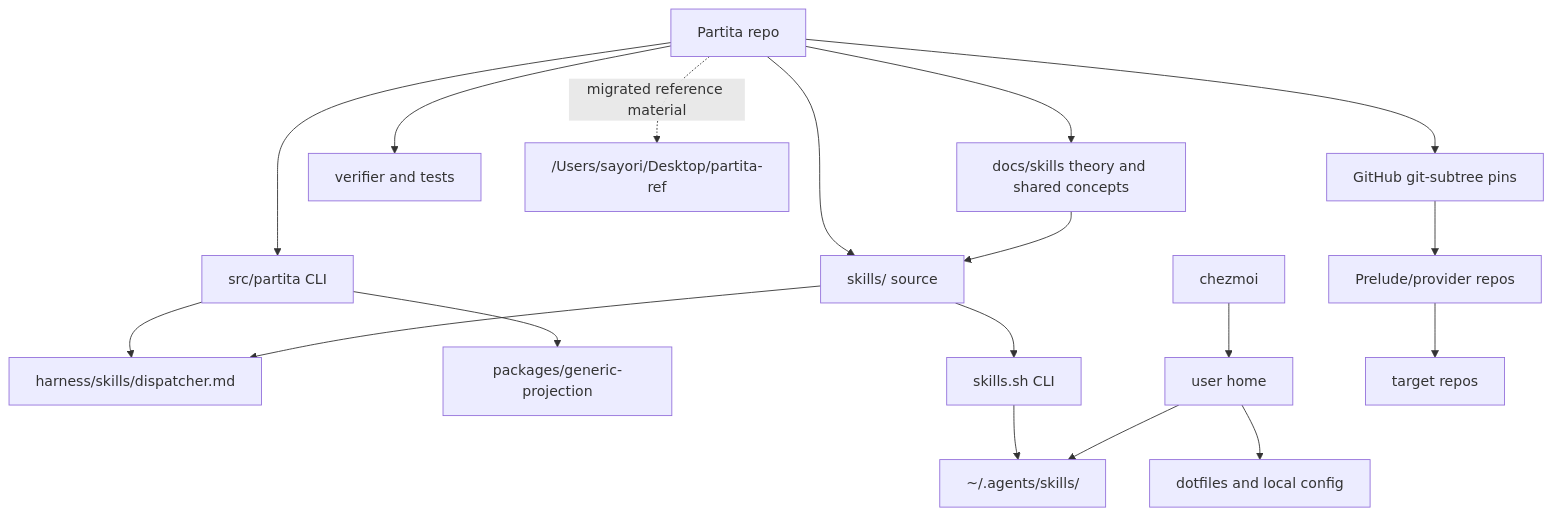
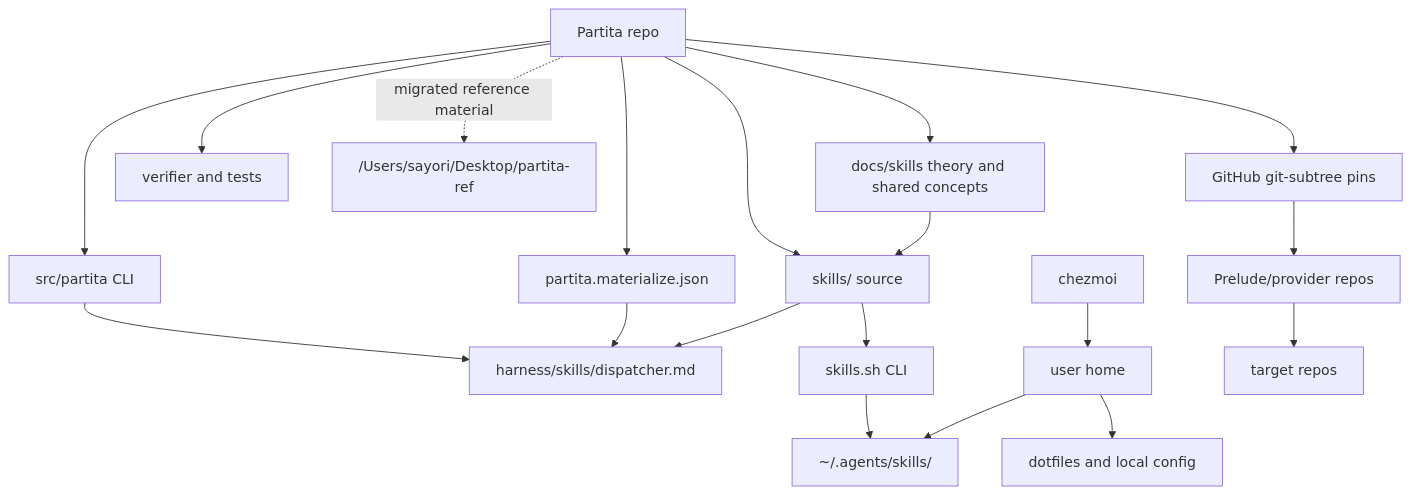
Before and after one commit to sayoriqwq/partita: the diagram in MIGRATION.md, drawn with Mermaid. The commit also changed other lines of this file and 26 other files, not shown here.

````diff
--- a/MIGRATION.md
+++ b/MIGRATION.md
@@ -45,39 +45,40 @@
 ```mermaid
 flowchart TD
   P["Partita repo"]
   S["skills/ source"]
   DOC["docs/skills theory and shared concepts"]
   C["src/partita CLI"]
   V["verifier and tests"]
   D["harness/skills/dispatcher.md"]
-  GP["packages/generic-projection"]
+  M["partita.materialize.json"]
   REF["/Users/sayori/Desktop/partita-ref"]
   SH["skills.sh CLI"]
   CH["chezmoi"]
   HOME["user home"]
   RT["~/.agents/skills/<name>"]
   DOT["dotfiles and local config"]
   PIN["GitHub git-subtree pins"]
   PRE["Prelude/provider repos"]
   T["target repos"]
 
   P --> S
   P --> DOC
   P --> C
   P --> V
+  P --> M
   C --> D
+  M --> D
   S --> D
   DOC --> S
-  C --> GP
   P -. "migrated reference material" .-> REF
   P --> PIN
 
   S --> SH
   SH --> RT
   CH --> HOME
   HOME --> DOT
   HOME --> RT
 
   PRE --> T
   PIN --> PRE
 ```
````
